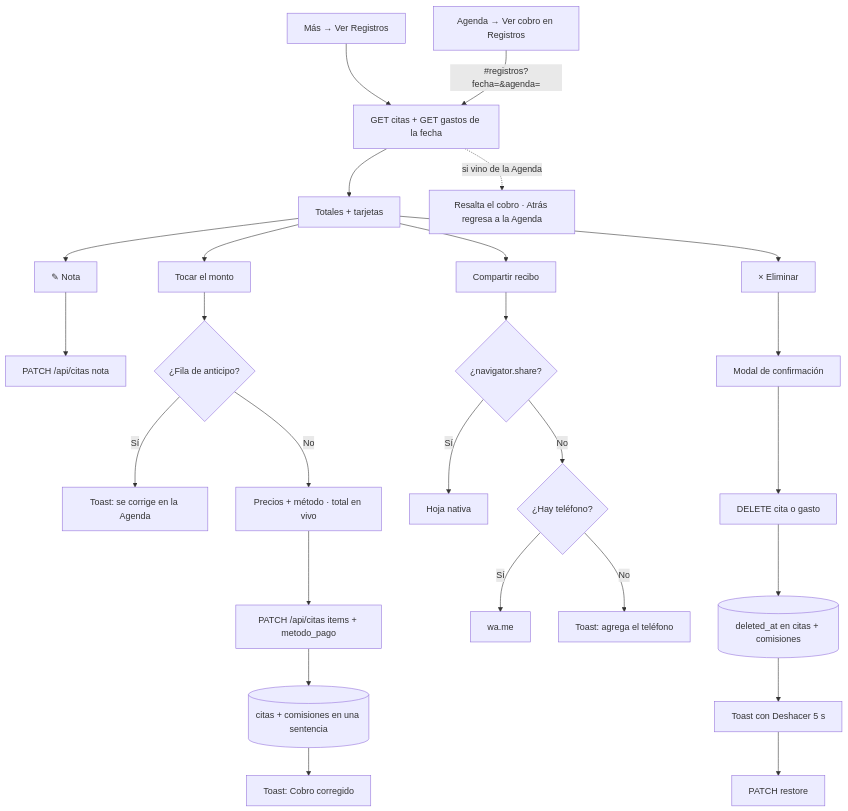
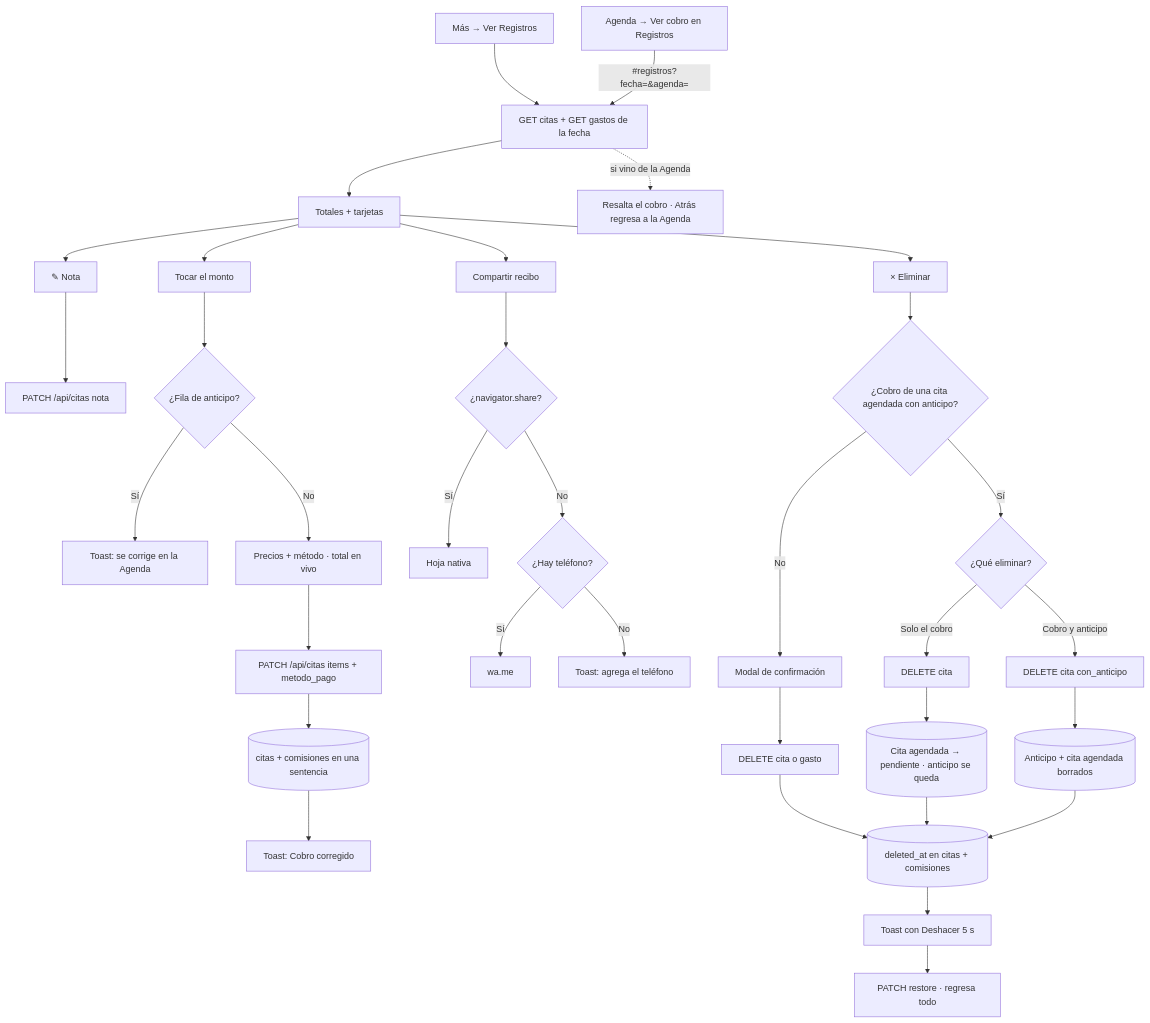
Before and after one commit to jesusangelsr12-dotcom/MarthaRdzApp: the tenth of 14 diagrams in docs/AppFlow.md, drawn with Mermaid. The commit also changed other lines of this file and 13 other files, not shown here.

First line of the commit message:
Eliminar cobro de una cita agendada: preguntar si se borra el anticipo (C15)

````diff
--- a/docs/AppFlow.md
+++ b/docs/AppFlow.md
@@ -250,20 +253,26 @@
 ```mermaid
 flowchart TD
   A[Más → Ver Registros] --> B[GET citas + GET gastos de la fecha]
   A2[Agenda → Ver cobro en Registros] -- "#registros?fecha=&agenda=" --> B
   B --> C[Totales + tarjetas]
   B -. si vino de la Agenda .-> C0[Resalta el cobro · Atrás regresa a la Agenda]
   C --> D[✎ Nota] --> D1[PATCH /api/citas nota]
   C --> G[Tocar el monto] --> G1{¿Fila de anticipo?}
   G1 -- Sí --> G2[Toast: se corrige en la Agenda]
   G1 -- No --> G3[Precios + método · total en vivo] --> G4[PATCH /api/citas items + metodo_pago]
   G4 --> G5[(citas + comisiones en una sentencia)] --> G6[Toast: Cobro corregido]
   C --> E[Compartir recibo] --> E1{¿navigator.share?}
   E1 -- Sí --> E2[Hoja nativa]
   E1 -- No --> E3{¿Hay teléfono?}
   E3 -- Sí --> E4[wa.me]
   E3 -- No --> E5[Toast: agrega el teléfono]
-  C --> F[× Eliminar] --> F1[Modal de confirmación] --> F2[DELETE cita o gasto]
+  C --> F[× Eliminar] --> F0{¿Cobro de una cita agendada con anticipo?}
+  F0 -- No --> F1[Modal de confirmación] --> F2[DELETE cita o gasto]
+  F0 -- Sí --> F6{¿Qué eliminar?}
+  F6 -- Solo el cobro --> F7[DELETE cita] --> F8[(Cita agendada → pendiente · anticipo se queda)]
+  F6 -- Cobro y anticipo --> F9[DELETE cita con_anticipo] --> F10[(Anticipo + cita agendada borrados)]
   F2 --> F3[(deleted_at en citas + comisiones)]
-  F3 --> F4[Toast con Deshacer 5 s] --> F5[PATCH restore]
+  F8 --> F3
+  F10 --> F3
+  F3 --> F4[Toast con Deshacer 5 s] --> F5[PATCH restore · regresa todo]
 ```
````
